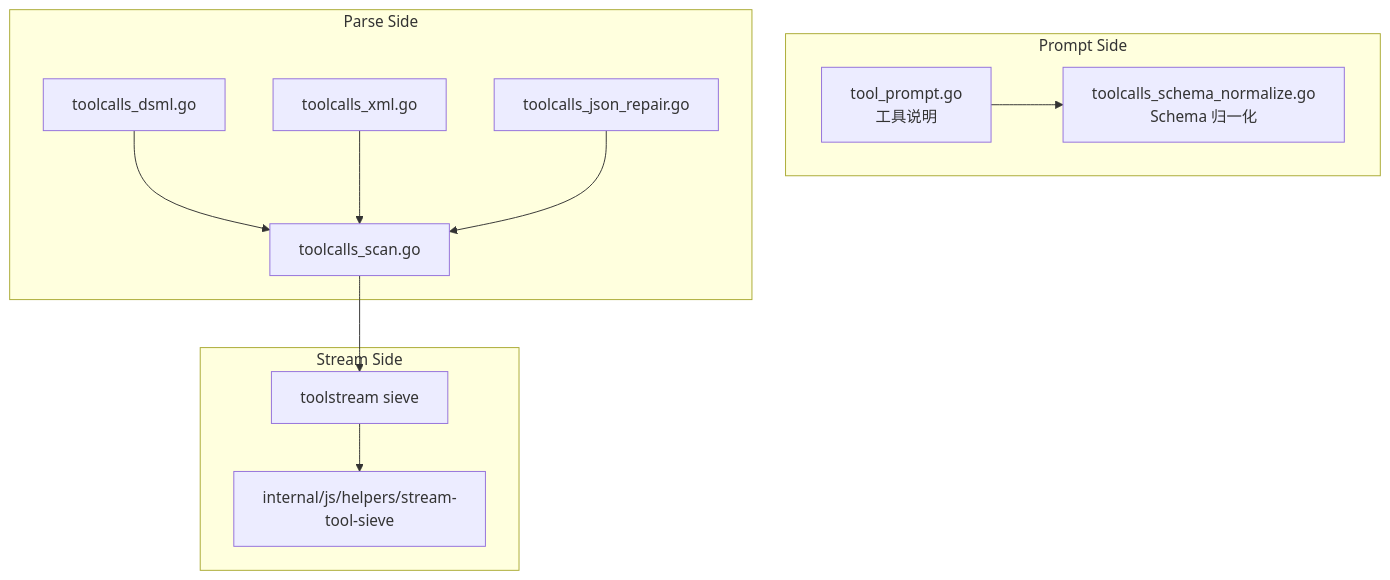
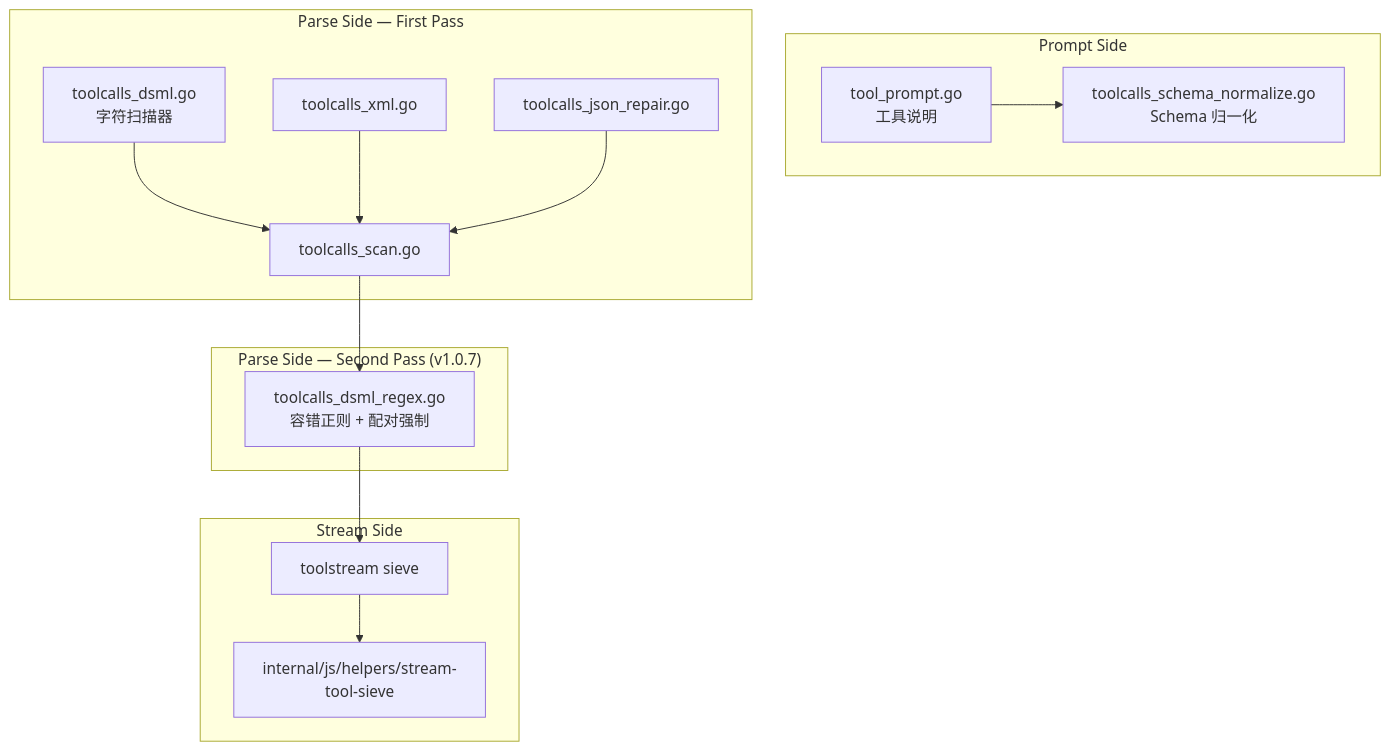
Before and after one commit to marklove5102/DeepSeek_Web_To_API: the first of 2 diagrams in docs/toolcall-semantics.md, drawn with Mermaid. The commit also changed other lines of this file and 17 other files, not shown here.

````diff
--- a/docs/toolcall-semantics.md
+++ b/docs/toolcall-semantics.md
@@ -46,23 +46,27 @@
 ```mermaid
 graph TB
 subgraph "Prompt Side"
 PROMPT["tool_prompt.go<br/>工具说明"]
 SCHEMA["toolcalls_schema_normalize.go<br/>Schema 归一化"]
 end
-subgraph "Parse Side"
-DSML["toolcalls_dsml.go"]
+subgraph "Parse Side — First Pass"
+DSML["toolcalls_dsml.go<br/>字符扫描器"]
 XML["toolcalls_xml.go"]
 JSON["toolcalls_json_repair.go"]
 SCAN["toolcalls_scan.go"]
+end
+subgraph "Parse Side — Second Pass (v1.0.7)"
+REGEX["toolcalls_dsml_regex.go<br/>容错正则 + 配对强制"]
 end
 subgraph "Stream Side"
 SIEVE["toolstream sieve"]
 JS["internal/js/helpers/stream-tool-sieve"]
 end
 PROMPT --> SCHEMA
 DSML --> SCAN
 XML --> SCAN
 JSON --> SCAN
-SCAN --> SIEVE
+SCAN --> REGEX
+REGEX --> SIEVE
 SIEVE --> JS
 ```
````
